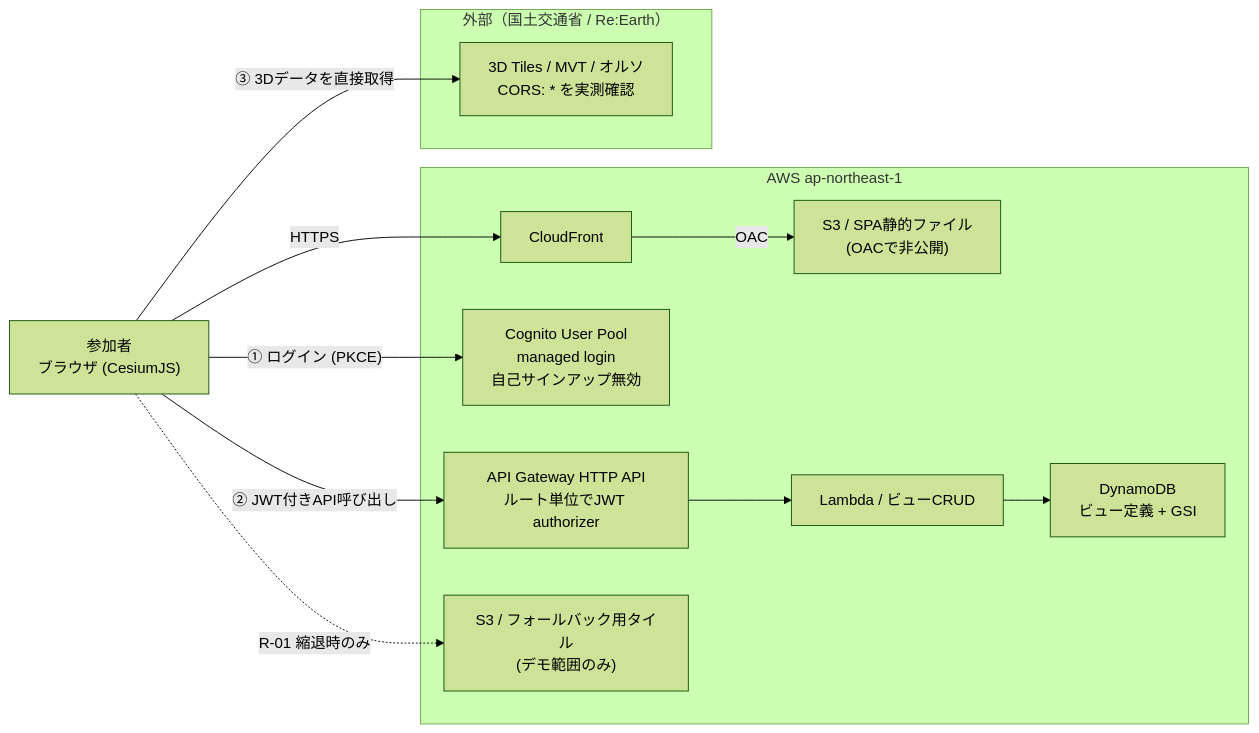
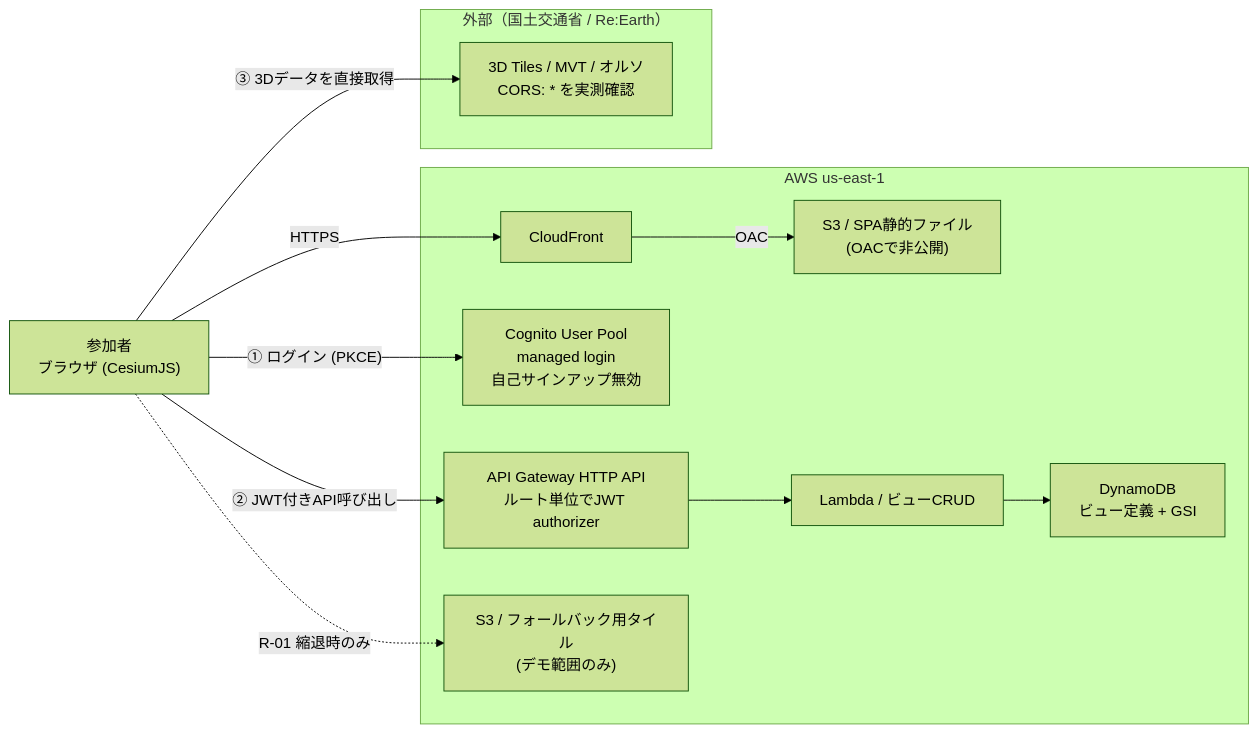
One commit to KojiHys/sample-app-plateau-lens changed the diagram in output/proposal/サンプルアプリ企画_20260924.md. Above: the diagram before and after it, drawn with Mermaid (forest theme). The commit also changed other lines of this file and 10 other files, not shown here.

````diff
--- a/output/proposal/サンプルアプリ企画_20260924.md
+++ b/output/proposal/サンプルアプリ企画_20260924.md
@@ -211,25 +211,25 @@
 ```mermaid
 graph LR
   U["参加者<br/>ブラウザ (CesiumJS)"]
-  subgraph AWS["AWS ap-northeast-1"]
+  subgraph AWS["AWS us-east-1"]
     CF["CloudFront"]
     S3["S3 / SPA静的ファイル<br/>(OACで非公開)"]
     COG["Cognito User Pool<br/>managed login<br/>自己サインアップ無効"]
     API["API Gateway HTTP API<br/>ルート単位でJWT authorizer"]
     L["Lambda / ビューCRUD"]
     DDB["DynamoDB<br/>ビュー定義 + GSI"]
     S3F["S3 / フォールバック用タイル<br/>(デモ範囲のみ)"]
   end
   subgraph EXT["外部（国土交通省 / Re:Earth）"]
     T["3D Tiles / MVT / オルソ<br/>CORS: * を実測確認"]
   end
 
   U -->|HTTPS| CF
   CF -->|OAC| S3
   U -->|"① ログイン (PKCE)"| COG
   U -->|"② JWT付きAPI呼び出し"| API
   API --> L
   L --> DDB
   U -->|"③ 3Dデータを直接取得"| T
   U -.->|"R-01 縮退時のみ"| S3F
 ```
````
